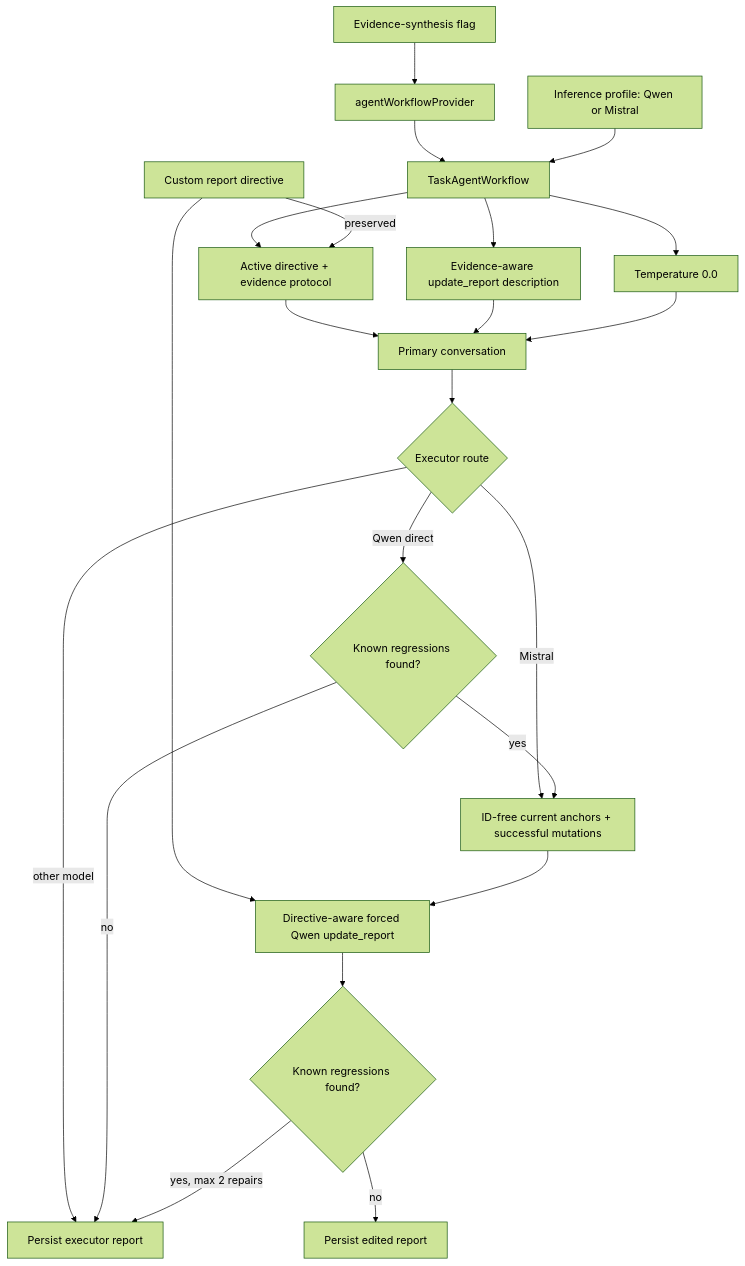
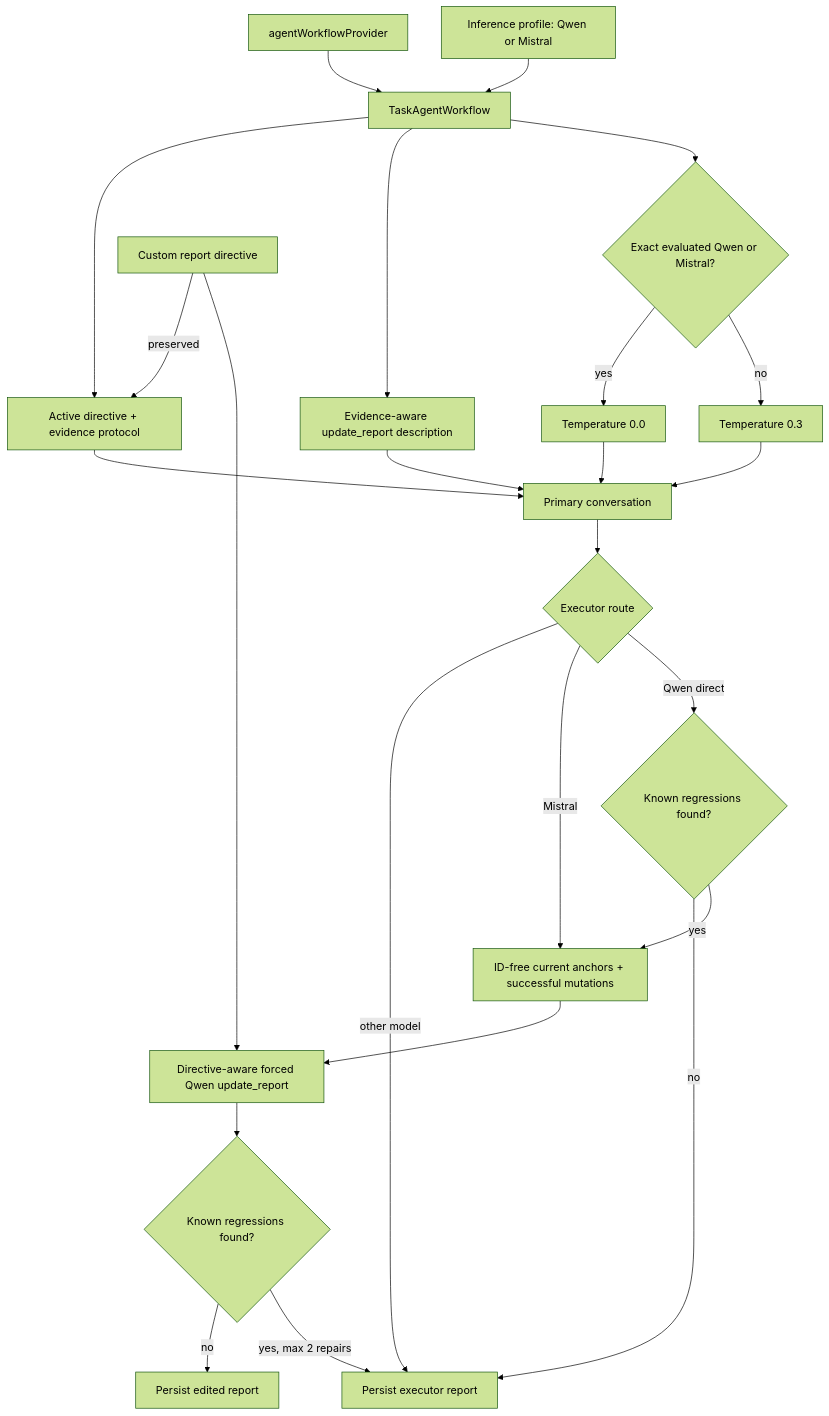
Diagram 13 of 23 in lib/features/agents/README.md (matthiasn/lotti), drawn with Mermaid (forest theme) before and after one commit. The commit also changed other lines of this file and 58 other files, not shown here.

Commit message:
feat: roll out evidence-first agents, synced alerts, and knowledge graph (#3478)

````diff
--- a/lib/features/agents/README.md
+++ b/lib/features/agents/README.md
@@ -1092,24 +1090,26 @@
 ```mermaid
 flowchart TD
-  Flag["Evidence-synthesis flag"] --> Provider["agentWorkflowProvider"]
-  Provider --> Workflow["TaskAgentWorkflow"]
+  Provider["agentWorkflowProvider"] --> Workflow["TaskAgentWorkflow"]
   Profile["Inference profile: Qwen or Mistral"] --> Workflow
   Workflow --> Prompt["Active directive + evidence protocol"]
   Workflow --> Tools["Evidence-aware update_report description"]
-  Workflow --> Sampling["Temperature 0.0"]
+  Workflow --> Sampling{"Exact evaluated Qwen or Mistral?"}
+  Sampling -->|yes| Zero["Temperature 0.0"]
+  Sampling -->|no| Default["Temperature 0.3"]
   Custom["Custom report directive"] -->|preserved| Prompt
   Prompt --> Executor["Primary conversation"]
   Tools --> Executor
-  Sampling --> Executor
+  Zero --> Executor
+  Default --> Executor
   Executor --> Route{"Executor route"}
   Route -->|other model| Persist["Persist executor report"]
   Route -->|Mistral| Facts["ID-free current anchors + successful mutations"]
   Route -->|Qwen direct| DirectValidate{"Known regressions found?"}
   DirectValidate -->|no| Persist
   DirectValidate -->|yes| Facts
   Custom --> Editor
   Facts --> Editor["Directive-aware forced Qwen update_report"]
   Editor --> Validate{"Known regressions found?"}
   Validate -->|no| PersistEdited["Persist edited report"]
   Validate -->|yes, max 2 repairs| Persist
 ```
````
